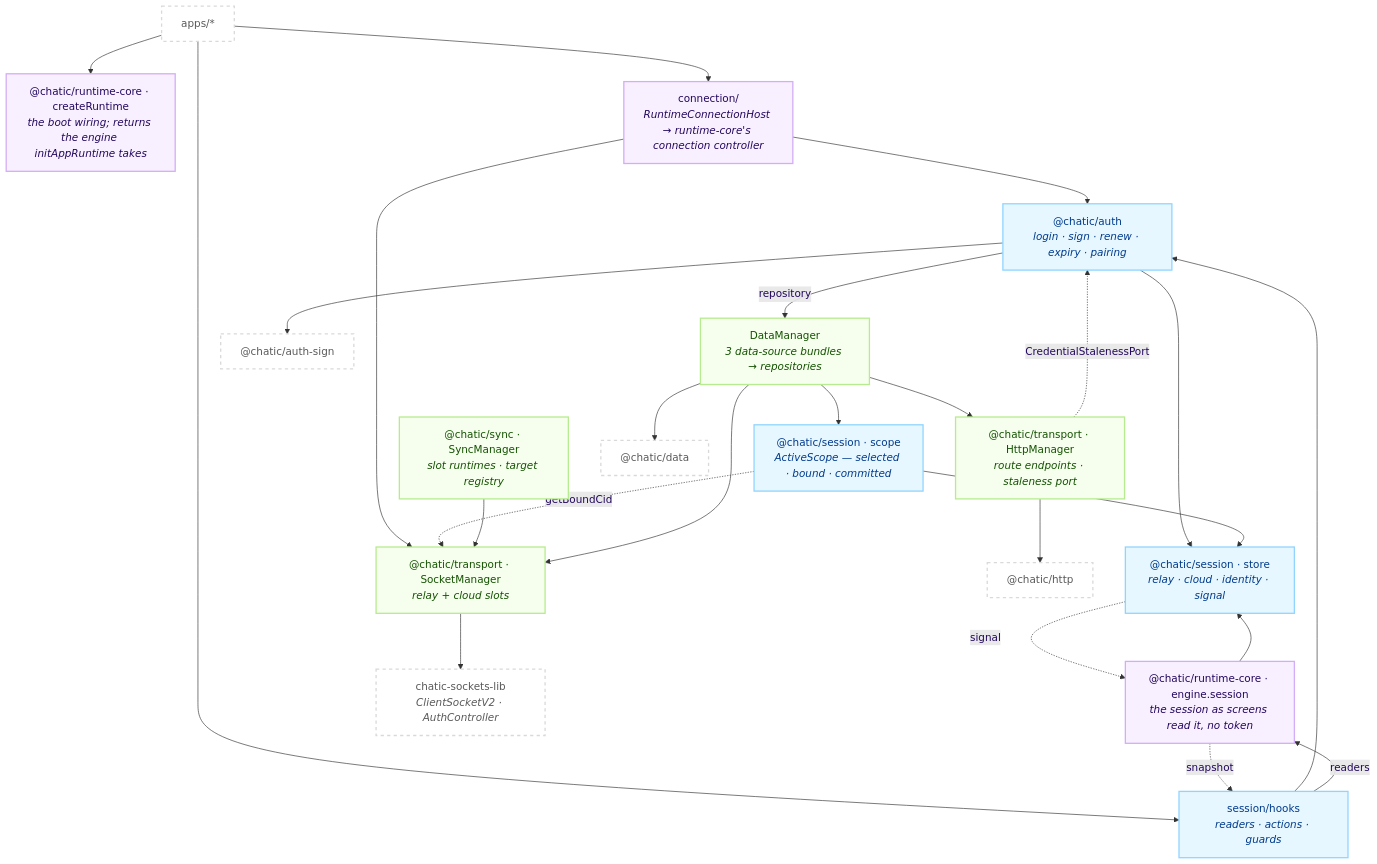
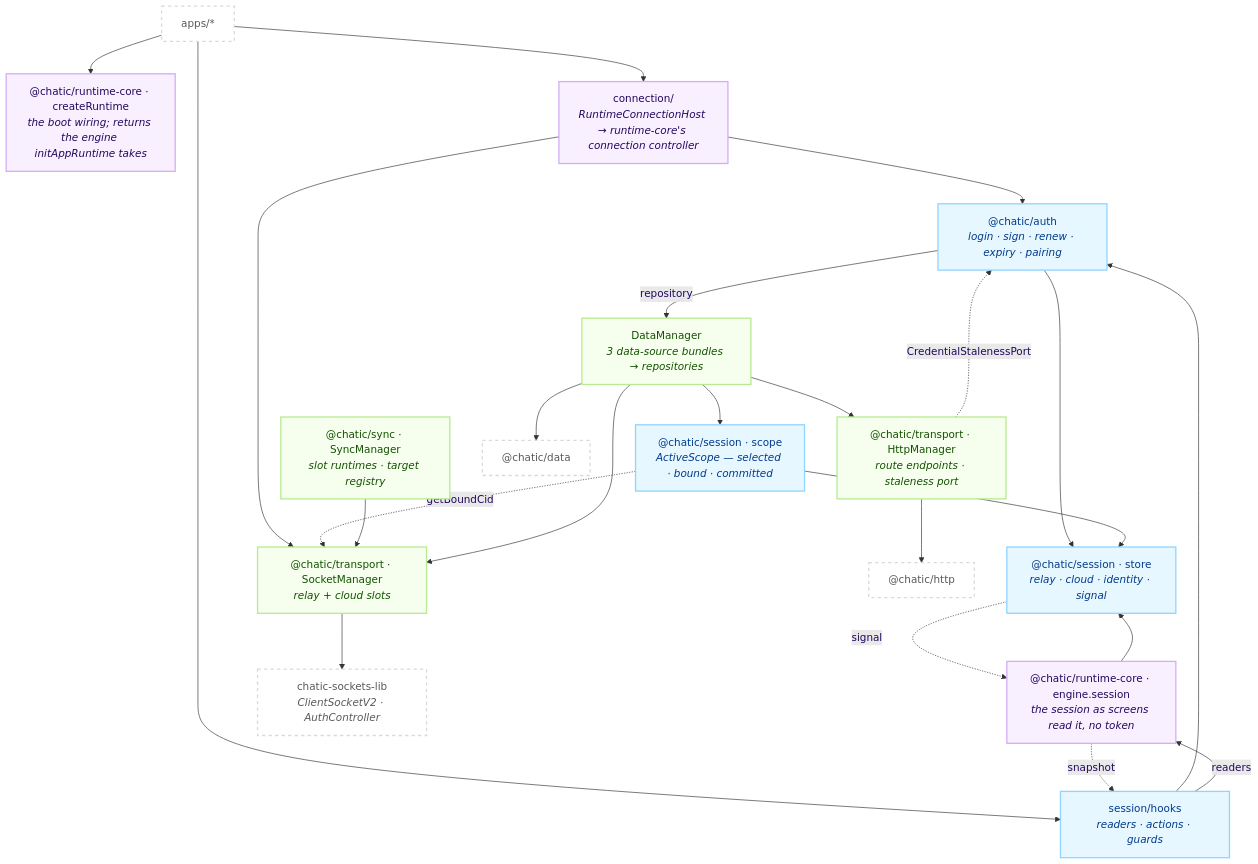
Before and after one commit to lemoncloud-io/dou-app: the first of 2 diagrams in libs/app-runtime/README.md, drawn with Mermaid. The commit also changed other lines of this file and 28 other files, not shown here.

First line of the commit message:
refactor(auth): fold @chatic/auth-sign into libs/auth as a leaf folder (ADR-0326)

````diff
--- a/libs/app-runtime/README.md
+++ b/libs/app-runtime/README.md
@@ -74,51 +74,49 @@
 ```mermaid
 flowchart TD
     classDef root fill:#f9f0ff,stroke:#d3adf7,stroke-width:2px,color:#22075e;
     classDef sess fill:#e6f7ff,stroke:#91d5ff,stroke-width:2px,color:#003a8c;
     classDef eng fill:#f6ffed,stroke:#b7eb8f,stroke-width:2px,color:#135200;
     classDef ext fill:#ffffff,stroke:#d9d9d9,stroke-width:2px,color:#595959,stroke-dasharray: 5 5;
 
     App["apps/*"]:::ext
     Init["@chatic/runtime-core · createRuntime<br/><i>the boot wiring; returns the engine initAppRuntime takes</i>"]:::root
     Host["connection/<br/><i>RuntimeConnectionHost → runtime-core's connection controller</i>"]:::root
 
     Hooks["session/hooks<br/><i>readers · actions · guards</i>"]:::sess
     View["@chatic/runtime-core · engine.session<br/><i>the session as screens read it, no token</i>"]:::root
     Auth["@chatic/auth<br/><i>login · sign · renew · expiry · pairing</i>"]:::sess
     Store["@chatic/session · store<br/><i>relay · cloud · identity · signal</i>"]:::sess
     Scope["@chatic/session · scope<br/><i>ActiveScope — selected · bound · committed</i>"]:::sess
 
     SM["@chatic/transport · SocketManager<br/><i>relay + cloud slots</i>"]:::eng
     SyncM["@chatic/sync · SyncManager<br/><i>slot runtimes · target registry</i>"]:::eng
     HM["@chatic/transport · HttpManager<br/><i>route endpoints · staleness port</i>"]:::eng
     DM["DataManager<br/><i>3 data-source bundles → repositories</i>"]:::eng
 
     SDK["chatic-sockets-lib<br/><i>ClientSocketV2 · AuthController</i>"]:::ext
     Data["@chatic/data"]:::ext
     Http["@chatic/http"]:::ext
-    Sign["@chatic/auth-sign"]:::ext
 
     App --> Init
     App --> Host
     App --> Hooks
     Host --> SM
     Host --> Auth
     Hooks --> Auth
     Hooks -->|"readers"| View
     View --> Store
     Auth --> Store
-    Auth --> Sign
     Auth -->|"repository"| DM
     Scope --> Store
     Scope -.->|"getBoundCid"| SM
     Store -.->|"signal"| View
     View -.->|"snapshot"| Hooks
     SM --> SDK
     SyncM --> SM
     DM --> Scope
     DM --> SM
     DM --> HM
     DM --> Data
     HM --> Http
     HM -.->|"CredentialStalenessPort"| Auth
 ```
````
